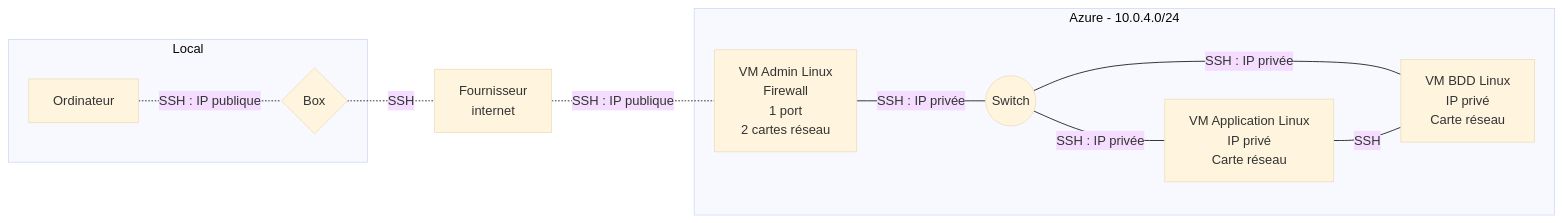
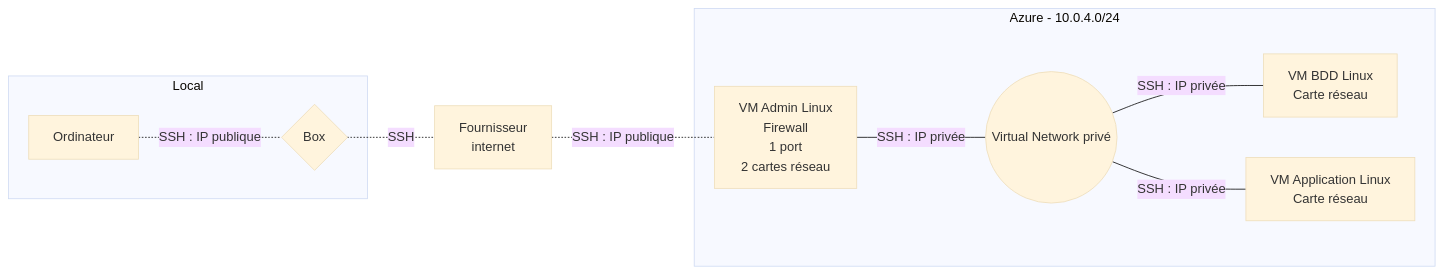
One commit to simplon-ThomasJulian/Brief2_Groupe4 changed the diagram in Brouillon.md. Above: the diagram before and after it, drawn with Mermaid (base theme).

````diff
--- a/Brouillon.md
+++ b/Brouillon.md
@@ -1,14 +1,13 @@
 ```mermaid
 flowchart LR
     subgraph Local
-    A[Ordinateur] -.-|SSH : IP publique| B{Box}
+    Ordinateur[Ordinateur] -.-|SSH : IP publique| Box{Box}
     end
-    B -.-|SSH| C[Fournisseur <br /> internet]
-    C -.-|SSH : IP publique| D[VM Admin Linux <br /> Firewall <br /> 1 port <br /> 2 cartes réseau]
+    Box -.-|SSH| Internet[Fournisseur <br /> internet]
+    Internet -.-|SSH : IP publique| VMAdmin[VM Admin Linux <br /> Firewall <br /> 1 port <br /> 2 cartes réseau]
     subgraph Azure - 10.0.4.0/24
-    D ---|SSH : IP privée| E((Switch))
-    E ---|SSH : IP privée| F[VM BDD Linux <br /> IP privé  <br /> Carte réseau]
-    E ---|SSH : IP privée| G[VM Application Linux <br /> IP privé  <br /> Carte réseau]
-    G---|SSH| F
+    VMAdmin ---|SSH : IP privée| VN((Virtual Network privé))
+    VN ---|SSH : IP privée| BDD[VM BDD Linux <br /> Carte réseau]
+    VN ---|SSH : IP privée| Appli[VM Application Linux <br /> Carte réseau]
     end
 ```
````
